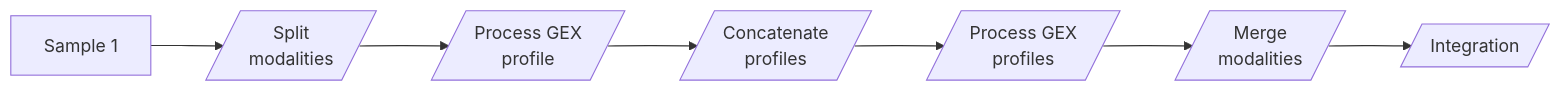
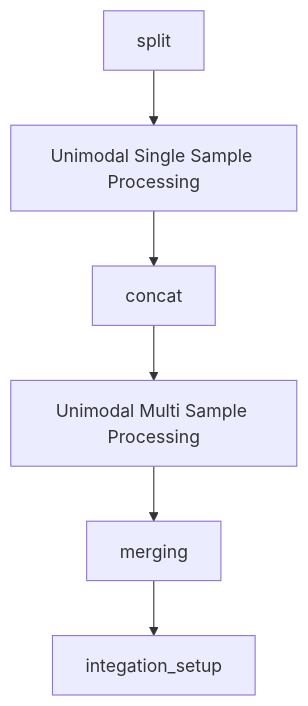
One commit to openpipelines-bio/website changed the third of 17 diagrams in fundamentals/architecture.qmd. Above: the diagram before and after it, drawn with Mermaid. The commit also changed other lines of this file and 737 other files, not shown here.

First line of the commit message:
Add new architecture diagram (#47)

````diff
--- a/fundamentals/architecture.qmd
+++ b/fundamentals/architecture.qmd
@@ -97,11 +87,6 @@
 ```{mermaid}
-%%| label: fig-example1
-%%| fig-cap: "Example of how the concatenation and merges work.  \nGEX: Gene-expression."
-
-flowchart LR
-
-  Raw1[Sample 1] --> Split1[/Split\nmodalities/] --> ProcGEX1[/Process GEX\nprofile/]
-  ProcGEX1 --> ConcatGEX[/Concatenate\nprofiles/] --> ProcGEX[/Process GEX\nprofiles/]
-  ProcGEX --> Merge[/Merge\nmodalities/] --> Integration[/Integration/]
-
+%%| label: fig-full-pipeline
+%%| fig-cap: Overview of the steps included in the full pipelines from OpenPipeline.
+flowchart TD  
+  split --> unimodalsinglesample["Unimodal Single Sample Processing"] --> concat --> unimodalmultisample["Unimodal Multi Sample Processing"] --> merging --> integation_setup
 ```
````
